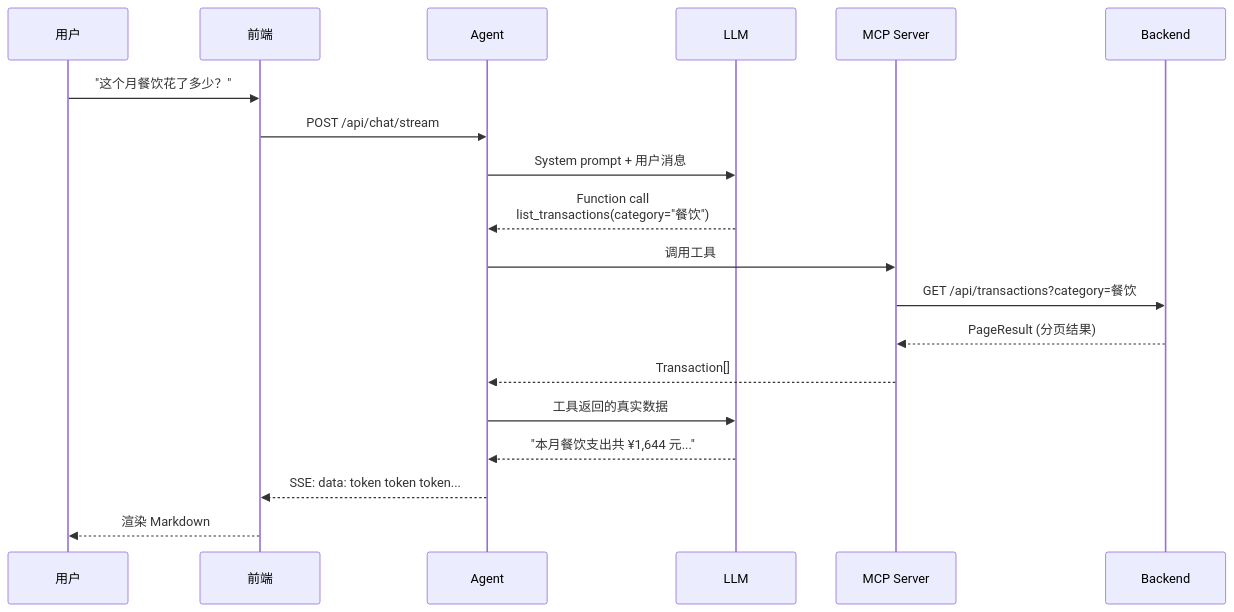
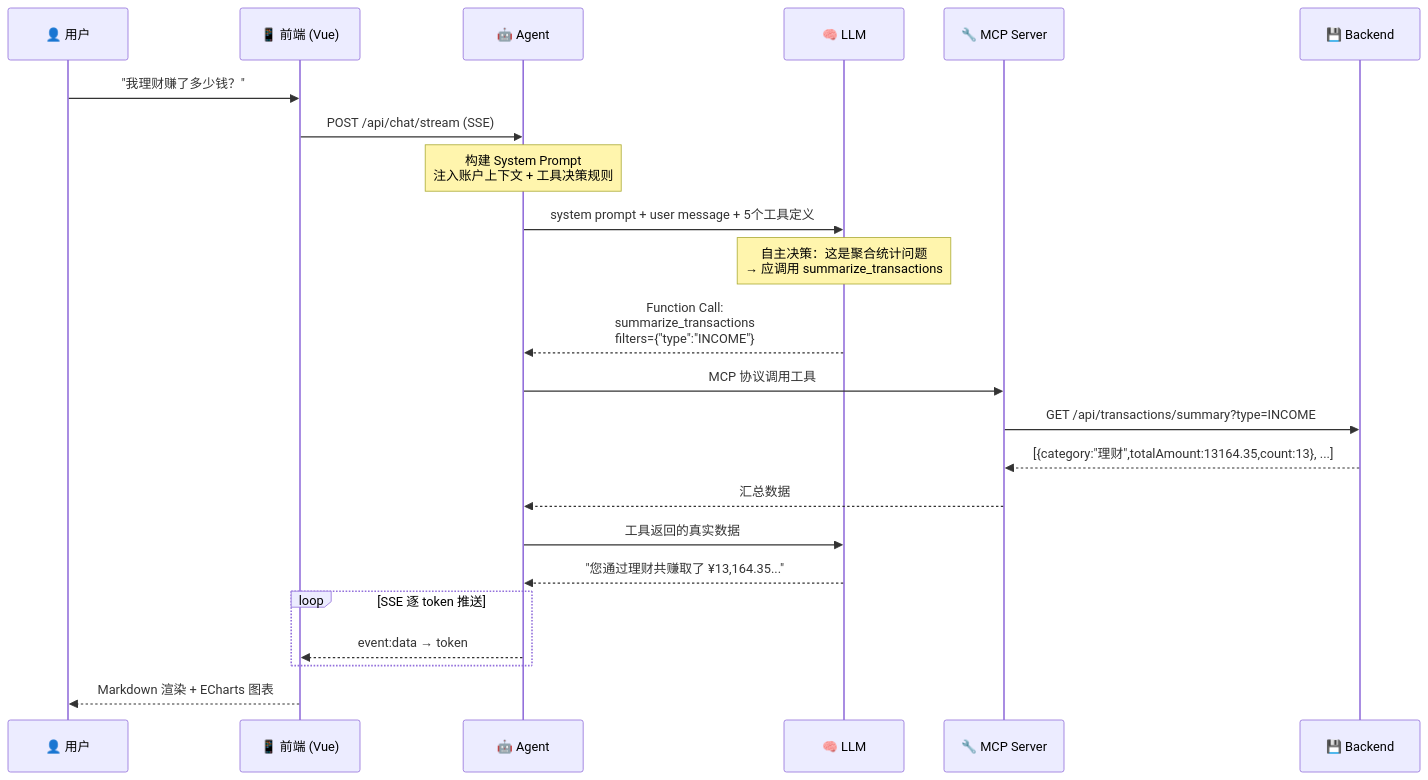
Before and after one commit to reallyhwc/test-learn-agent: the second of 5 diagrams in README.md, drawn with Mermaid. The commit also changed other lines of this file, not shown here.

First line of the commit message:
docs: 重写README - 更新系统架构图、Agent调用流转图、记账应用设计

````diff
--- a/README.md
+++ b/README.md
@@ -52,22 +58,31 @@
 ```mermaid
 sequenceDiagram
-    participant U as 用户
-    participant F as 前端
-    participant A as Agent
-    participant L as LLM
-    participant M as MCP Server
-    participant B as Backend
+    participant U as 👤 用户
+    participant F as 📱 前端 (Vue)
+    participant A as 🤖 Agent
+    participant L as 🧠 LLM
+    participant M as 🔧 MCP Server
+    participant B as 💾 Backend
 
-    U->>F: "这个月餐饮花了多少？"
-    F->>A: POST /api/chat/stream
-    A->>L: System prompt + 用户消息
-    L-->>A: Function call<br/>list_transactions(category="餐饮")
-    A->>M: 调用工具
-    M->>B: GET /api/transactions?category=餐饮
-    B-->>M: PageResult (分页结果)
-    M-->>A: Transaction[]
+    U->>F: "我理财赚了多少钱？"
+    F->>A: POST /api/chat/stream (SSE)
+    
+    Note over A: 构建 System Prompt<br/>注入账户上下文 + 工具决策规则
+    A->>L: system prompt + user message + 5个工具定义
+    
+    Note over L: 自主决策：这是聚合统计问题<br/>→ 应调用 summarize_transactions
+    L-->>A: Function Call:<br/>summarize_transactions<br/>filters={"type":"INCOME"}
+    
+    A->>M: MCP 协议调用工具
+    M->>B: GET /api/transactions/summary?type=INCOME
+    B-->>M: [{category:"理财",totalAmount:13164.35,count:13}, ...]
+    M-->>A: 汇总数据
+    
     A->>L: 工具返回的真实数据
-    L-->>A: "本月餐饮支出共 ¥1,644 元..."
-    A-->>F: SSE: data: token token token...
-    F-->>U: 渲染 Markdown
+    L-->>A: "您通过理财共赚取了 ¥13,164.35..."
+    
+    loop SSE 逐 token 推送
+        A-->>F: event:data → token
+    end
+    F-->>U: Markdown 渲染 + ECharts 图表
 ```
````
